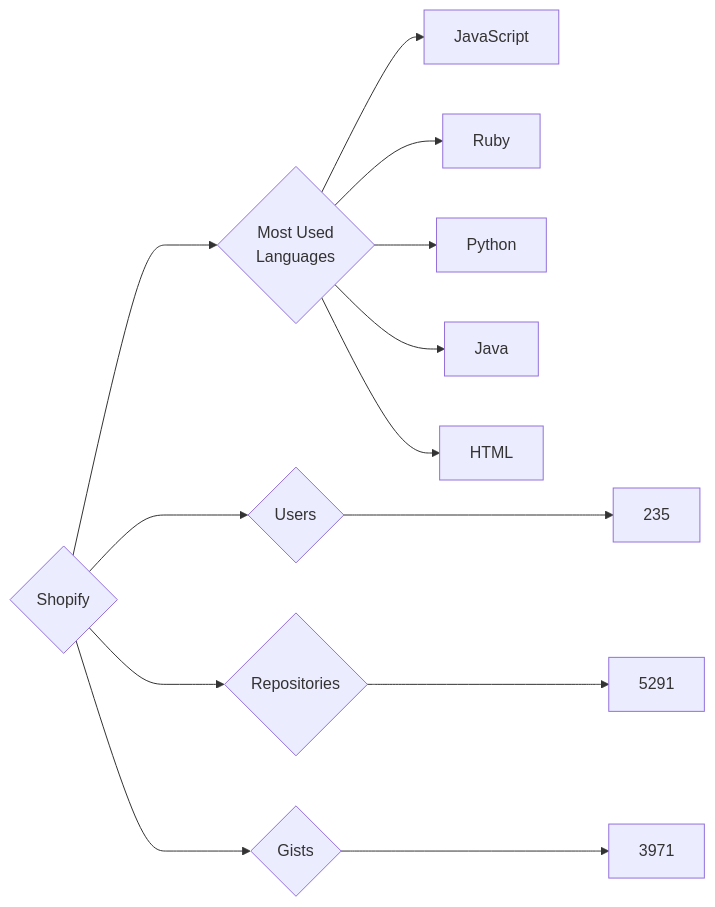
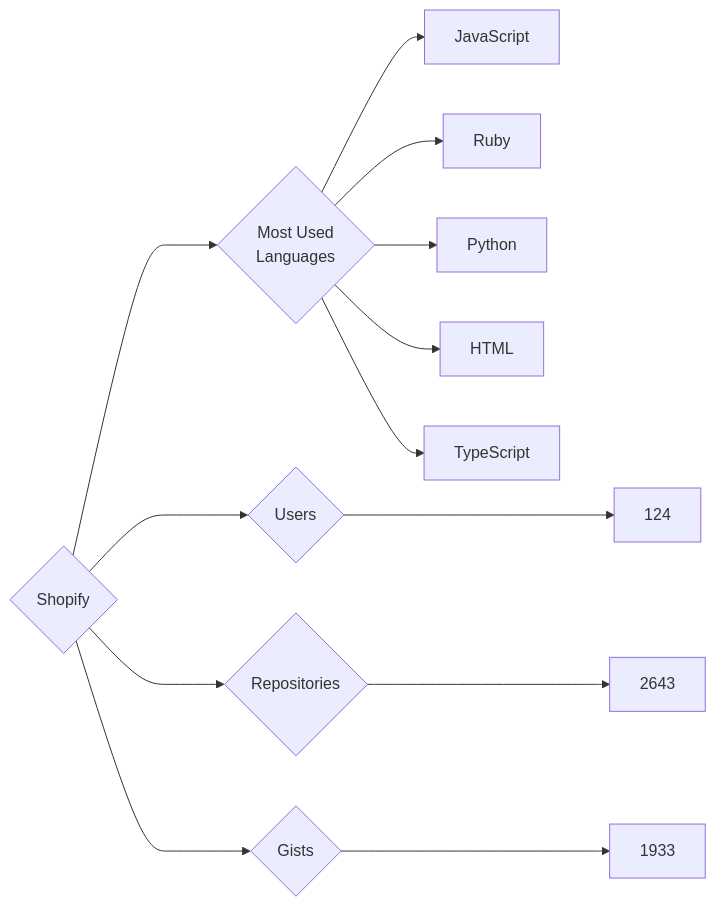
One commit to trickest/insiders changed the diagram in targets/Shopify/README.md. Above: the diagram before and after it, drawn with Mermaid. The commit also changed 794 other files, not shown here.

````diff
--- a/targets/Shopify/README.md
+++ b/targets/Shopify/README.md
@@ -3,13 +3,13 @@
 ```mermaid
 graph LR
 COMPANY_NAME{Shopify}
-COMPANY_NAME ---> U{Users} ---> UN[235]
-COMPANY_NAME ---> R{Repositories} ---> RN[5291]
-COMPANY_NAME ---> G{Gists} ---> GN[3971]
+COMPANY_NAME ---> U{Users} ---> UN[124]
+COMPANY_NAME ---> R{Repositories} ---> RN[2643]
+COMPANY_NAME ---> G{Gists} ---> GN[1933]
 COMPANY_NAME ---> ML{Most Used<br>Languages}
 ML --> JavaScript[JavaScript]
 ML --> Ruby[Ruby]
 ML --> Python[Python]
-ML --> Java[Java]
 ML --> HTML[HTML]
+ML --> TypeScript[TypeScript]
 ```
````
